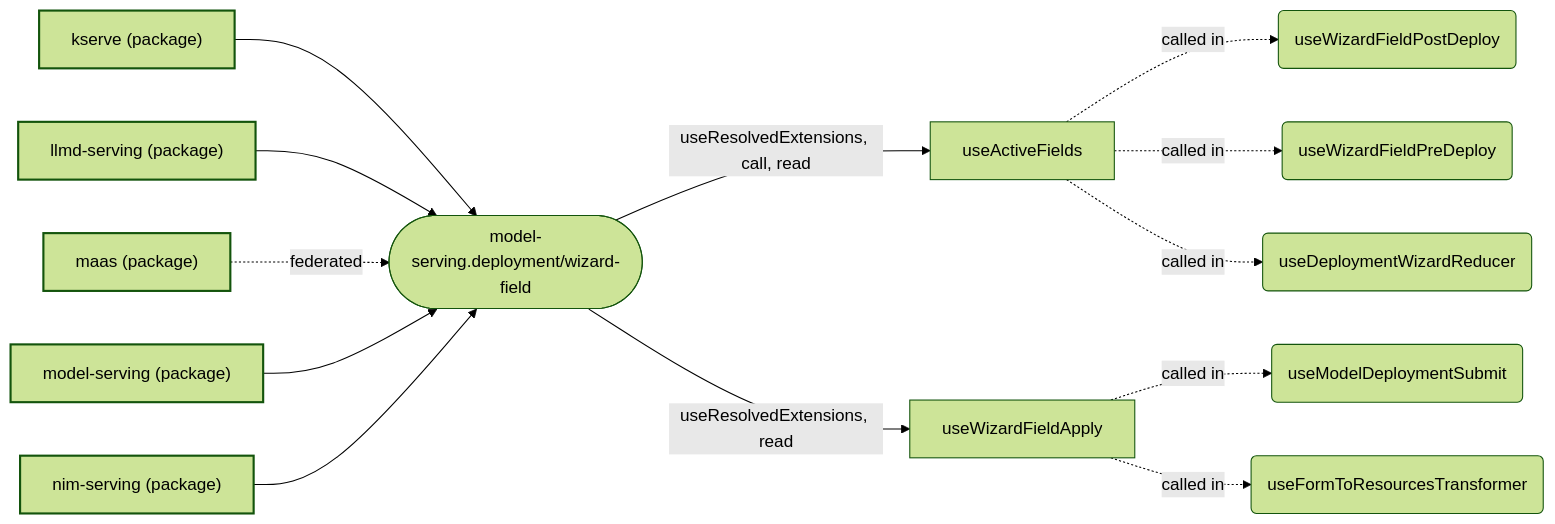
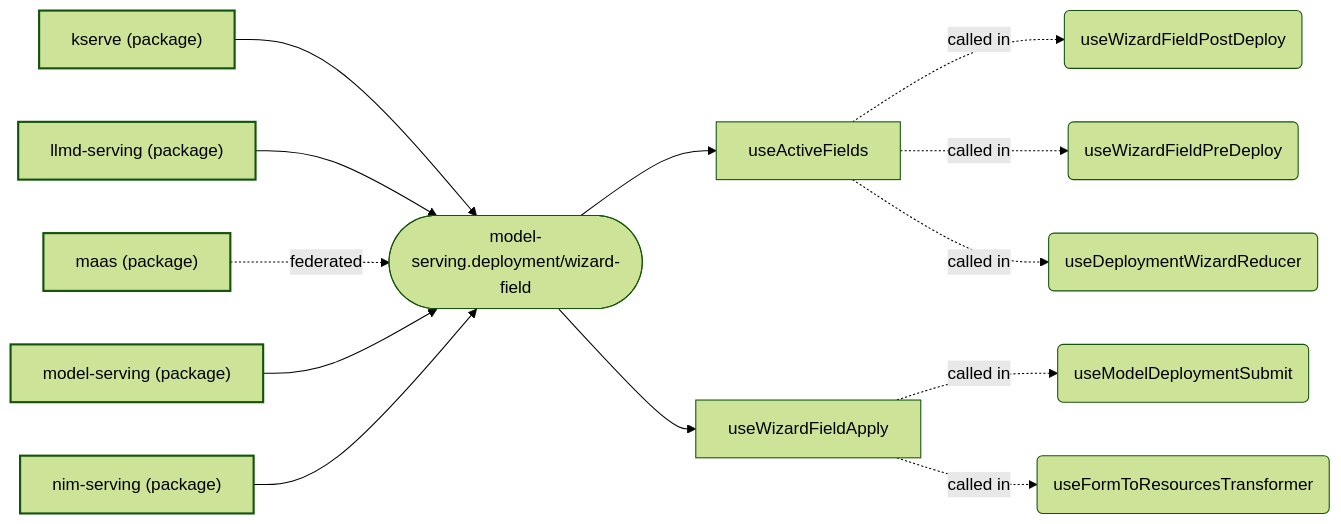
Before and after one commit to mturley/odh-dashboard: the sixth of 19 diagrams in packages/model-serving/docs/extensions.md, drawn with Mermaid (forest theme). The commit also changed other lines of this file and 28 other files, not shown here.

````diff
--- a/packages/model-serving/docs/extensions.md
+++ b/packages/model-serving/docs/extensions.md
@@ -389,30 +496,30 @@
 ```mermaid
 flowchart LR
   classDef pkg stroke-width:2px
   classDef point stroke-width:1px
   n_pkg__odh_dashboard_kserve_5ec96a["kserve (package)"]:::pkg
   n_pkg__odh_dashboard_llmd_serving_3e146e["llmd-serving (package)"]:::pkg
   n_pkg__odh_dashboard_maas_87d494["maas (package)"]:::pkg
   n_pkg__odh_dashboard_model_serving_d0bfea["model-serving (package)"]:::pkg
   n_pkg__odh_dashboard_nim_serving_241793["nim-serving (package)"]:::pkg
   n_model_serving_deployment_wizard_field_19398b(["model-serving.deployment/wizard-field"]):::point
   n_pkg__odh_dashboard_kserve_5ec96a --> n_model_serving_deployment_wizard_field_19398b
   n_pkg__odh_dashboard_llmd_serving_3e146e --> n_model_serving_deployment_wizard_field_19398b
   n_pkg__odh_dashboard_maas_87d494 -. "federated" .-> n_model_serving_deployment_wizard_field_19398b
   n_pkg__odh_dashboard_model_serving_d0bfea --> n_model_serving_deployment_wizard_field_19398b
   n_pkg__odh_dashboard_nim_serving_241793 --> n_model_serving_deployment_wizard_field_19398b
   n_symbol_packages_model_serving_src_components_deploymentWizard_dynamicFormUtils_ts_useActiveFields_ec0f77["useActiveFields"]
-  n_model_serving_deployment_wizard_field_19398b -- "useResolvedExtensions, call, read" --> n_symbol_packages_model_serving_src_components_deploymentWizard_dynamicFormUtils_ts_useActiveFields_ec0f77
+  n_model_serving_deployment_wizard_field_19398b --> n_symbol_packages_model_serving_src_components_deploymentWizard_dynamicFormUtils_ts_useActiveFields_ec0f77
   n_symbol_packages_model_serving_src_components_deploymentWizard_useWizardFieldApply_ts_useWizardFieldApply_ded659["useWizardFieldApply"]
-  n_model_serving_deployment_wizard_field_19398b -- "useResolvedExtensions, read" --> n_symbol_packages_model_serving_src_components_deploymentWizard_useWizardFieldApply_ts_useWizardFieldApply_ded659
+  n_model_serving_deployment_wizard_field_19398b --> n_symbol_packages_model_serving_src_components_deploymentWizard_useWizardFieldApply_ts_useWizardFieldApply_ded659
   n_symbol_packages_model_serving_src_components_deploymentWizard_deploying_useWizardFieldPostDeploy_ts_useWizardFieldPostDeploy_4e3f3f("useWizardFieldPostDeploy")
   n_symbol_packages_model_serving_src_components_deploymentWizard_deploying_useWizardFieldPreDeploy_ts_useWizardFieldPreDeploy_9dbe1f("useWizardFieldPreDeploy")
   n_symbol_packages_model_serving_src_components_deploymentWizard_useDeploymentWizardReducer_tsx_useDeploymentWizardReducer_2c9a23("useDeploymentWizardReducer")
   n_symbol_packages_model_serving_src_components_deploymentWizard_deploying_useModelDeploymentSubmit_ts_useModelDeploymentSubmit_61e0df("useModelDeploymentSubmit")
   n_symbol_packages_model_serving_src_components_deploymentWizard_yaml_useFormToResourcesTransformer_tsx_useFormToResourcesTransformer_b07a4f("useFormToResourcesTransformer")
   n_symbol_packages_model_serving_src_components_deploymentWizard_dynamicFormUtils_ts_useActiveFields_ec0f77 -. "called in" .-> n_symbol_packages_model_serving_src_components_deploymentWizard_deploying_useWizardFieldPostDeploy_ts_useWizardFieldPostDeploy_4e3f3f
   n_symbol_packages_model_serving_src_components_deploymentWizard_dynamicFormUtils_ts_useActiveFields_ec0f77 -. "called in" .-> n_symbol_packages_model_serving_src_components_deploymentWizard_deploying_useWizardFieldPreDeploy_ts_useWizardFieldPreDeploy_9dbe1f
   n_symbol_packages_model_serving_src_components_deploymentWizard_dynamicFormUtils_ts_useActiveFields_ec0f77 -. "called in" .-> n_symbol_packages_model_serving_src_components_deploymentWizard_useDeploymentWizardReducer_tsx_useDeploymentWizardReducer_2c9a23
   n_symbol_packages_model_serving_src_components_deploymentWizard_useWizardFieldApply_ts_useWizardFieldApply_ded659 -. "called in" .-> n_symbol_packages_model_serving_src_components_deploymentWizard_deploying_useModelDeploymentSubmit_ts_useModelDeploymentSubmit_61e0df
   n_symbol_packages_model_serving_src_components_deploymentWizard_useWizardFieldApply_ts_useWizardFieldApply_ded659 -. "called in" .-> n_symbol_packages_model_serving_src_components_deploymentWizard_yaml_useFormToResourcesTransformer_tsx_useFormToResourcesTransformer_b07a4f
 ```
````
